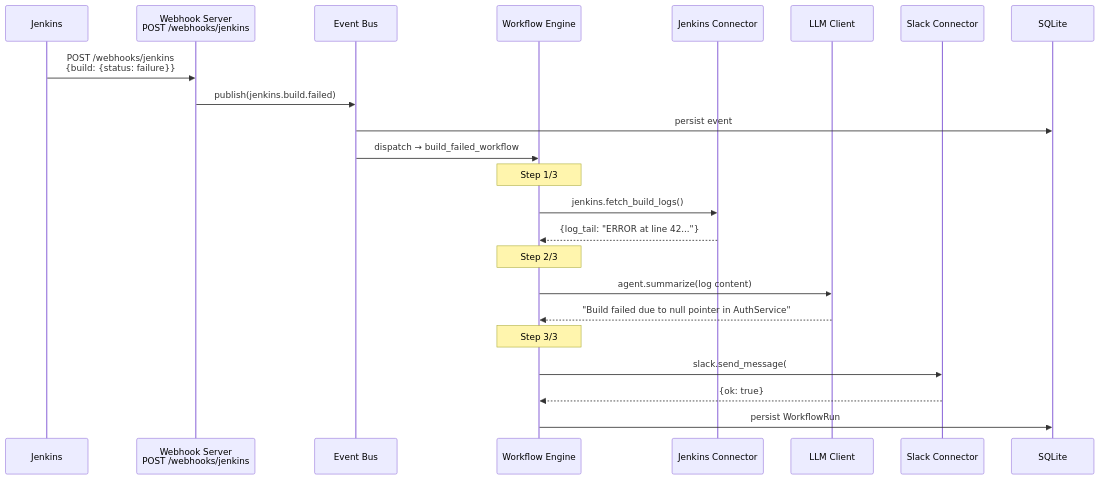
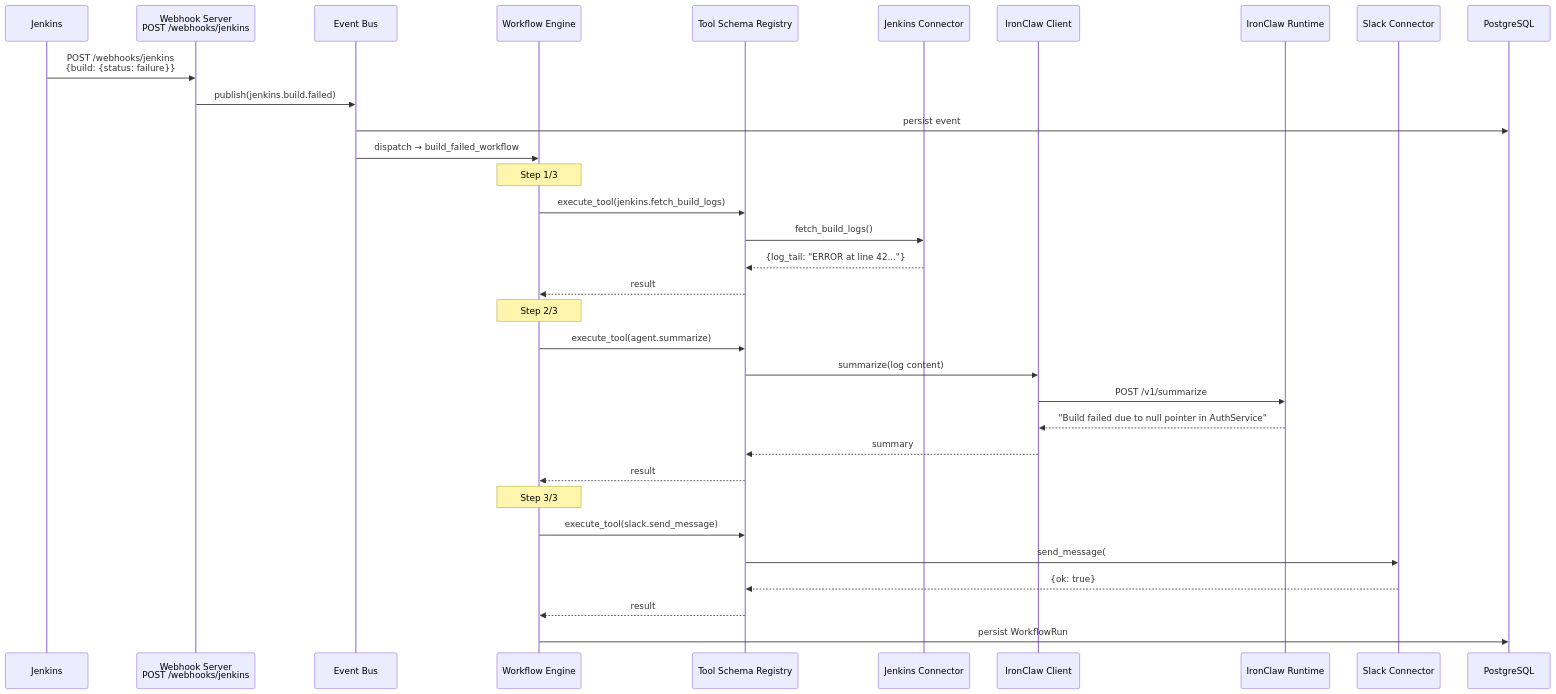
The fourth of 5 diagrams in docs/architecture.md (AnubisRooster/ironclaw-developer-agents), drawn with Mermaid before and after one commit. The commit also changed other lines of this file and 26 other files, not shown here.

````diff
--- a/docs/architecture.md
+++ b/docs/architecture.md
@@ -210,31 +231,41 @@
 ```mermaid
 sequenceDiagram
     participant JK as Jenkins
     participant WH as Webhook Server<br/>POST /webhooks/jenkins
     participant Bus as Event Bus
     participant Eng as Workflow Engine
+    participant Reg as Tool Schema Registry
     participant JK_C as Jenkins Connector
-    participant LLM as LLM Client
+    participant IC as IronClaw Client
+    participant Runtime as IronClaw Runtime
     participant SL_C as Slack Connector
-    participant DB as SQLite
+    participant DB as PostgreSQL
 
     JK->>WH: POST /webhooks/jenkins<br/>{build: {status: failure}}
     WH->>Bus: publish(jenkins.build.failed)
     Bus->>DB: persist event
 
     Bus->>Eng: dispatch → build_failed_workflow
 
     Note over Eng: Step 1/3
-    Eng->>JK_C: jenkins.fetch_build_logs()
-    JK_C-->>Eng: {log_tail: "ERROR at line 42..."}
+    Eng->>Reg: execute_tool(jenkins.fetch_build_logs)
+    Reg->>JK_C: fetch_build_logs()
+    JK_C-->>Reg: {log_tail: "ERROR at line 42..."}
+    Reg-->>Eng: result
 
     Note over Eng: Step 2/3
-    Eng->>LLM: agent.summarize(log content)
-    LLM-->>Eng: "Build failed due to null pointer in AuthService"
+    Eng->>Reg: execute_tool(agent.summarize)
+    Reg->>IC: summarize(log content)
+    IC->>Runtime: POST /v1/summarize
+    Runtime-->>IC: "Build failed due to null pointer in AuthService"
+    IC-->>Reg: summary
+    Reg-->>Eng: result
 
     Note over Eng: Step 3/3
-    Eng->>SL_C: slack.send_message(#build-alerts)
-    SL_C-->>Eng: {ok: true}
+    Eng->>Reg: execute_tool(slack.send_message)
+    Reg->>SL_C: send_message(#build-alerts)
+    SL_C-->>Reg: {ok: true}
+    Reg-->>Eng: result
 
     Eng->>DB: persist WorkflowRun
 ```
````
